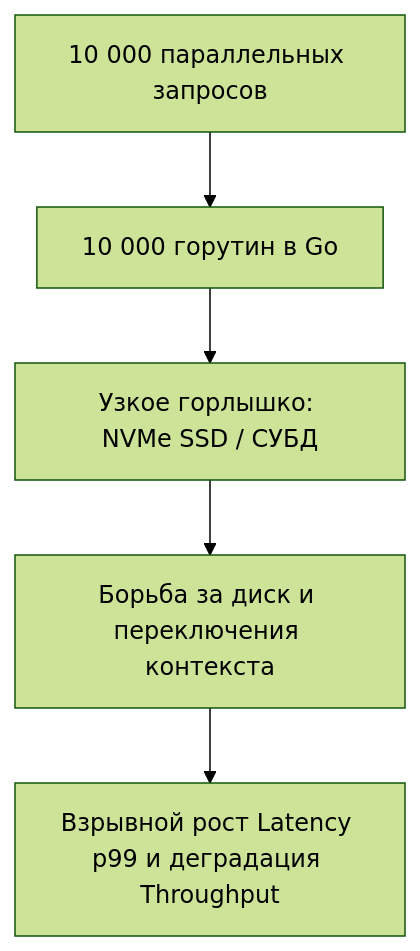
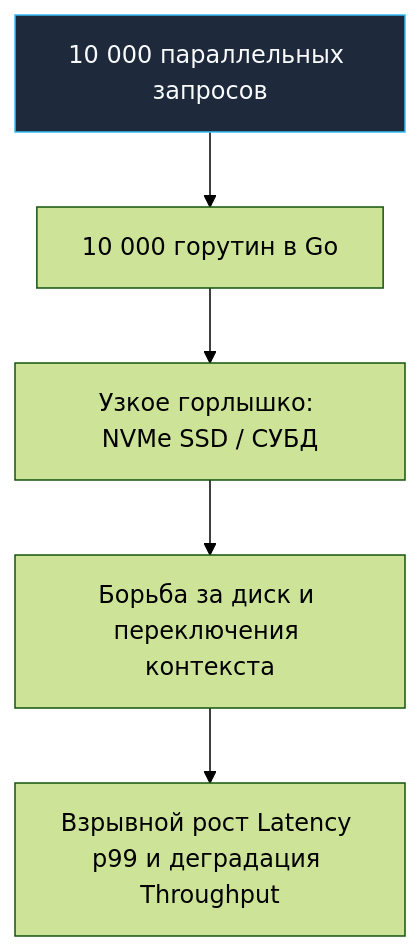
The third of 4 diagrams in sources/16. Профилирование, отладка и производительность/01. Фундамент/2. Latency vs throughput.md (UnrealTemplier/go-textbook), drawn with Mermaid (forest theme) before and after one commit. The commit also changed other lines of this file and 1666 other files, not shown here.

First line of the commit message:
feat(mermaid): add semantic color classDef to 1369 colorless flowchart/graph diagrams

````diff
--- a/sources/16. Профилирование, отладка и производительность/01. Фундамент/2. Latency vs throughput.md
+++ b/sources/16. Профилирование, отладка и производительность/01. Фундамент/2. Latency vs throughput.md
@@ -63,7 +83,17 @@
 ```mermaid
 flowchart TD
-    Req["10 000 параллельных запросов"] --> G["10 000 горутин в Go"]
+    classDef process  fill:#1e293b,stroke:#38bdf8,stroke-width:1px,color:#f8fafc
+    classDef success  fill:#064e3b,stroke:#34d399,stroke-width:1px,color:#f8fafc
+    classDef error    fill:#7f1d1d,stroke:#f87171,stroke-width:1px,color:#f8fafc
+    classDef warning  fill:#78350f,stroke:#fbbf24,stroke-width:1px,color:#f8fafc
+    classDef entry    fill:#1e3a5f,stroke:#38bdf8,stroke-width:2px,color:#f8fafc
+    classDef aux      fill:#334155,stroke:#64748b,stroke-width:1px,color:#f8fafc
+    classDef system   fill:#312e81,stroke:#a78bfa,stroke-width:1px,color:#f8fafc
+    classDef data     fill:#132d29,stroke:#2dd4bf,stroke-width:1px,color:#f8fafc
+    classDef network  fill:#881337,stroke:#fb7185,stroke-width:1px,color:#f8fafc
+    classDef accent   fill:#1e1b4b,stroke:#818cf8,stroke-width:1px,color:#f8fafc
+    Req["10 000 параллельных запросов"]:::process --> G["10 000 горутин в Go"]
     G --> Bottleneck["Узкое горлышко: NVMe SSD / СУБД"]
     Bottleneck --> Contention["Борьба за диск и переключения контекста"]
     Contention --> Spike["Взрывной рост Latency p99 и деградация Throughput"]
 ```
````
